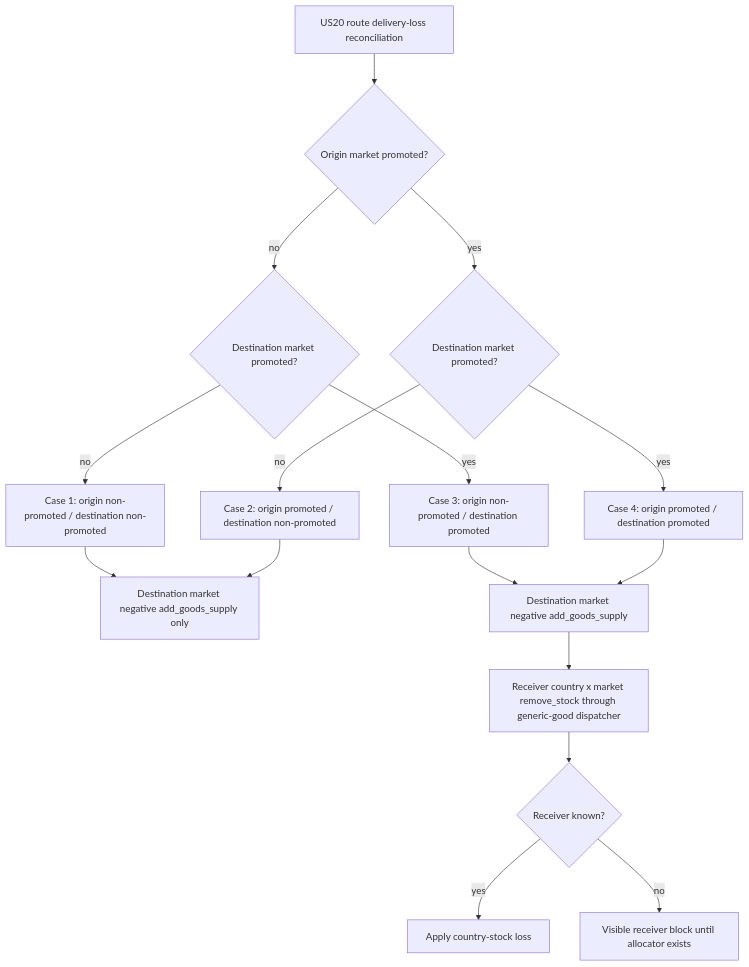
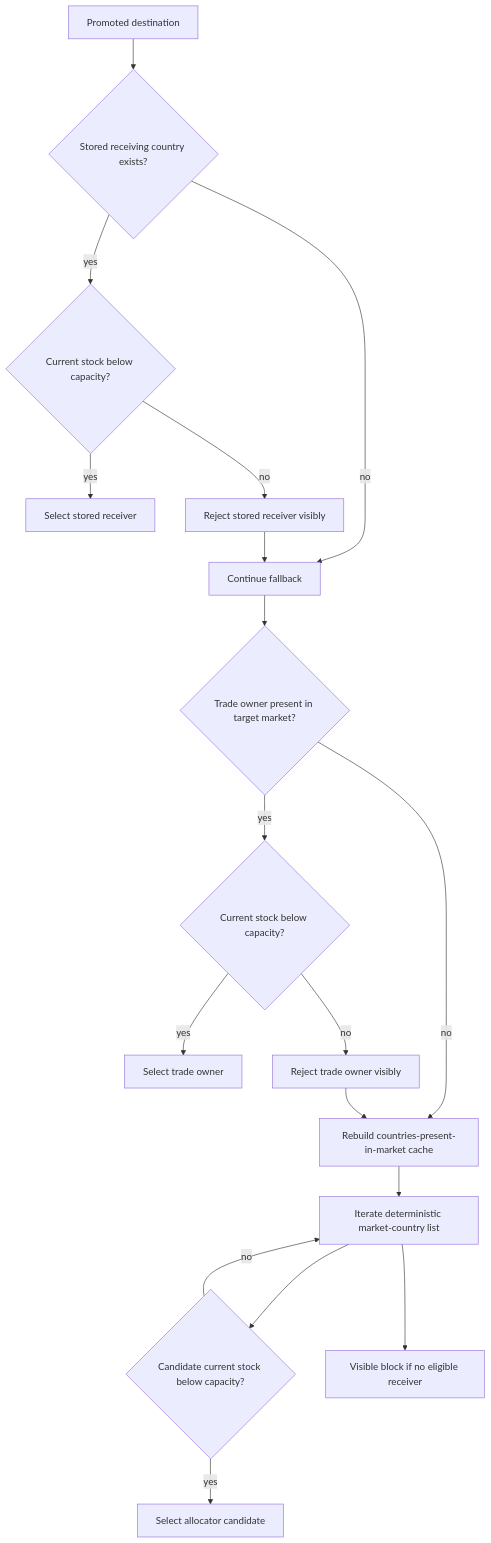
One commit to eu5mod/eu5-no-void-economy changed the third of 6 diagrams in docs/audits/pr107/Q5_workflow_state.md. Above: the diagram before and after it, drawn with Mermaid. The commit also changed other lines of this file, not shown here.

Commit message:
Update PR107 Q5 flow and coverage status

````diff
--- a/docs/audits/pr107/Q5_workflow_state.md
+++ b/docs/audits/pr107/Q5_workflow_state.md
@@ -142,18 +76,20 @@
 ```mermaid
 flowchart TD
-    A[US20 route delivery-loss reconciliation] --> B{Origin market promoted?}
-    B -- no --> C{Destination market promoted?}
-    B -- yes --> D{Destination market promoted?}
-    C -- no --> E[Case 1: origin non-promoted / destination non-promoted]
-    C -- yes --> F[Case 3: origin non-promoted / destination promoted]
-    D -- no --> G[Case 2: origin promoted / destination non-promoted]
-    D -- yes --> H[Case 4: origin promoted / destination promoted]
-    E --> I[Destination market negative add_goods_supply only]
-    G --> I
-    F --> J[Destination market negative add_goods_supply]
-    H --> J
-    J --> K[Receiver country x market remove_stock through generic-good dispatcher]
-    K --> L{Receiver known?}
-    L -- yes --> M[Apply country-stock loss]
-    L -- no --> N[Visible receiver block until allocator exists]
+    A[Promoted destination] --> B{Stored receiving country exists?}
+    B -- yes --> C{Current stock below capacity?}
+    C -- yes --> D[Select stored receiver]
+    C -- no --> E[Reject stored receiver visibly]
+    B -- no --> F[Continue fallback]
+    E --> F
+    F --> G{Trade owner present in target market?}
+    G -- yes --> H{Current stock below capacity?}
+    H -- yes --> I[Select trade owner]
+    H -- no --> J[Reject trade owner visibly]
+    G -- no --> K[Rebuild countries-present-in-market cache]
+    J --> K
+    K --> L[Iterate deterministic market-country list]
+    L --> M{Candidate current stock below capacity?}
+    M -- yes --> N[Select allocator candidate]
+    M -- no --> L
+    L --> O[Visible block if no eligible receiver]
 ```
````
